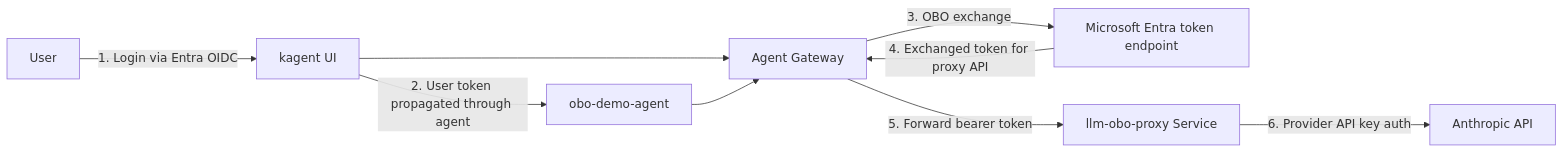
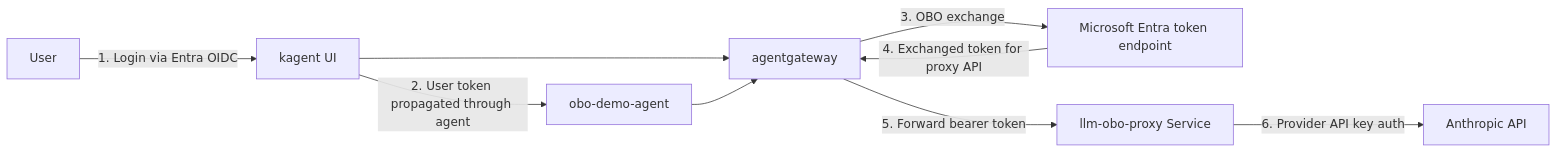
Before and after one commit to AdminTurnedDevOps/agentic-demo-repo: the diagram in kagent-enterprise/obo/setup.md, drawn with Mermaid. The commit also changed other lines of this file, not shown here.

````diff
--- a/kagent-enterprise/obo/setup.md
+++ b/kagent-enterprise/obo/setup.md
@@ -21,11 +21,11 @@
 ```mermaid
 flowchart LR
     U[User] -->|1. Login via Entra OIDC| UI[kagent UI]
-    UI --> AGW[Agent Gateway]
+    UI --> AGW[agentgateway]
     AGW -->|3. OBO exchange| ENTRA[Microsoft Entra token endpoint]
     ENTRA -->|4. Exchanged token for proxy API| AGW
     AGW -->|5. Forward bearer token| PROXY[llm-obo-proxy Service]
     PROXY -->|6. Provider API key auth| LLM[Anthropic API]
     UI -->|2. User token propagated through agent| AGENT[obo-demo-agent]
     AGENT --> AGW
 ```
````
